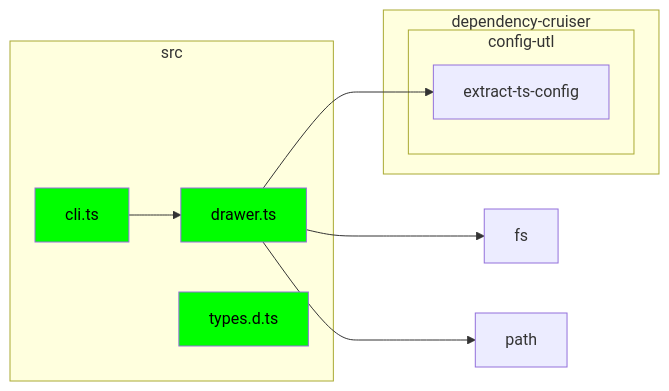
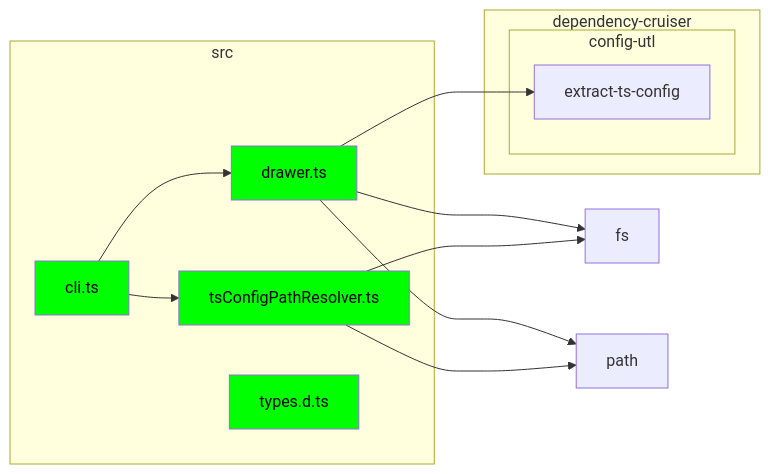
Before and after one commit to syakoo/dmdg: the diagram in src/README.md, drawn with Mermaid. The commit also changed other lines of this file and 2 other files, not shown here.

Commit message:
✨ feat: add default tsconfig path.

````diff
--- a/src/README.md
+++ b/src/README.md
@@ -4,24 +5,29 @@
 ```mermaid
 flowchart LR
 
 subgraph 0["src"]
 1["cli.ts"]
 2["drawer.ts"]
-8["types.d.ts"]
+8["tsConfigPathResolver.ts"]
+9["types.d.ts"]
 end
 subgraph 3["dependency-cruiser"]
 subgraph 4["config-utl"]
 5["extract-ts-config"]
 end
 end
 6["fs"]
 7["path"]
 1-->2
+1-->8
 2-->5
 2-->6
 2-->7
+8-->6
+8-->7
 
 style 1 fill:lime,color:black
 style 2 fill:lime,color:black
 style 8 fill:lime,color:black
+style 9 fill:lime,color:black
 ```
````
